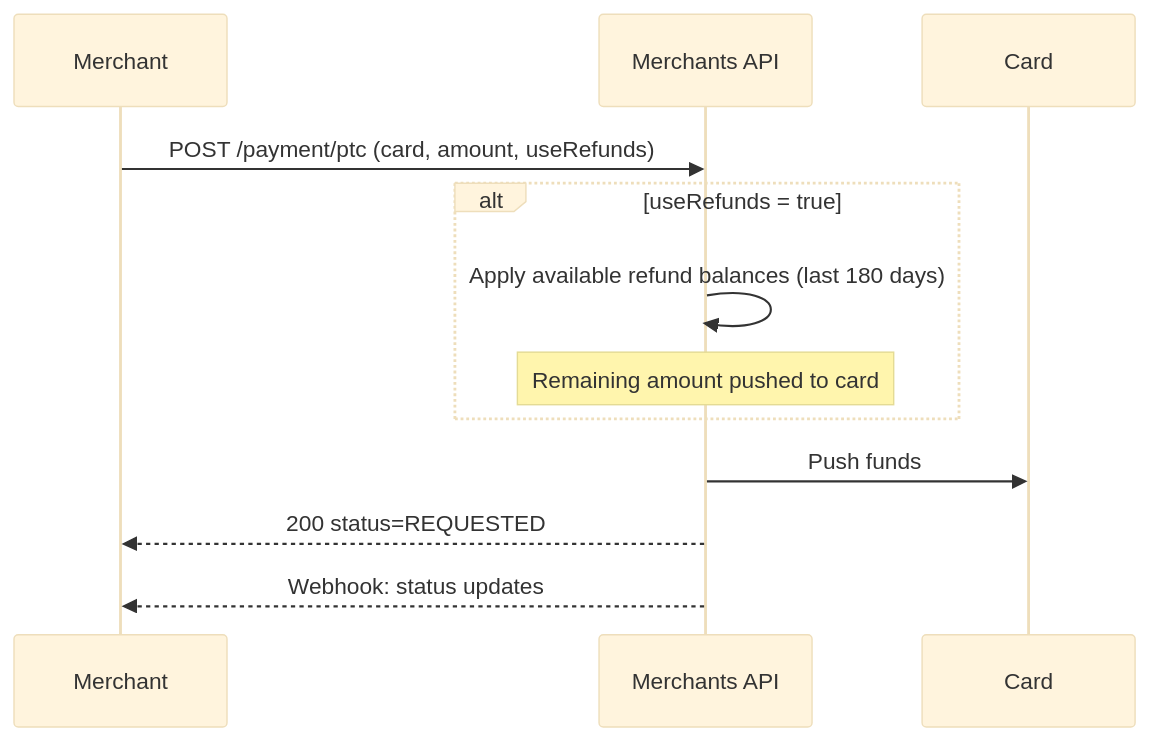
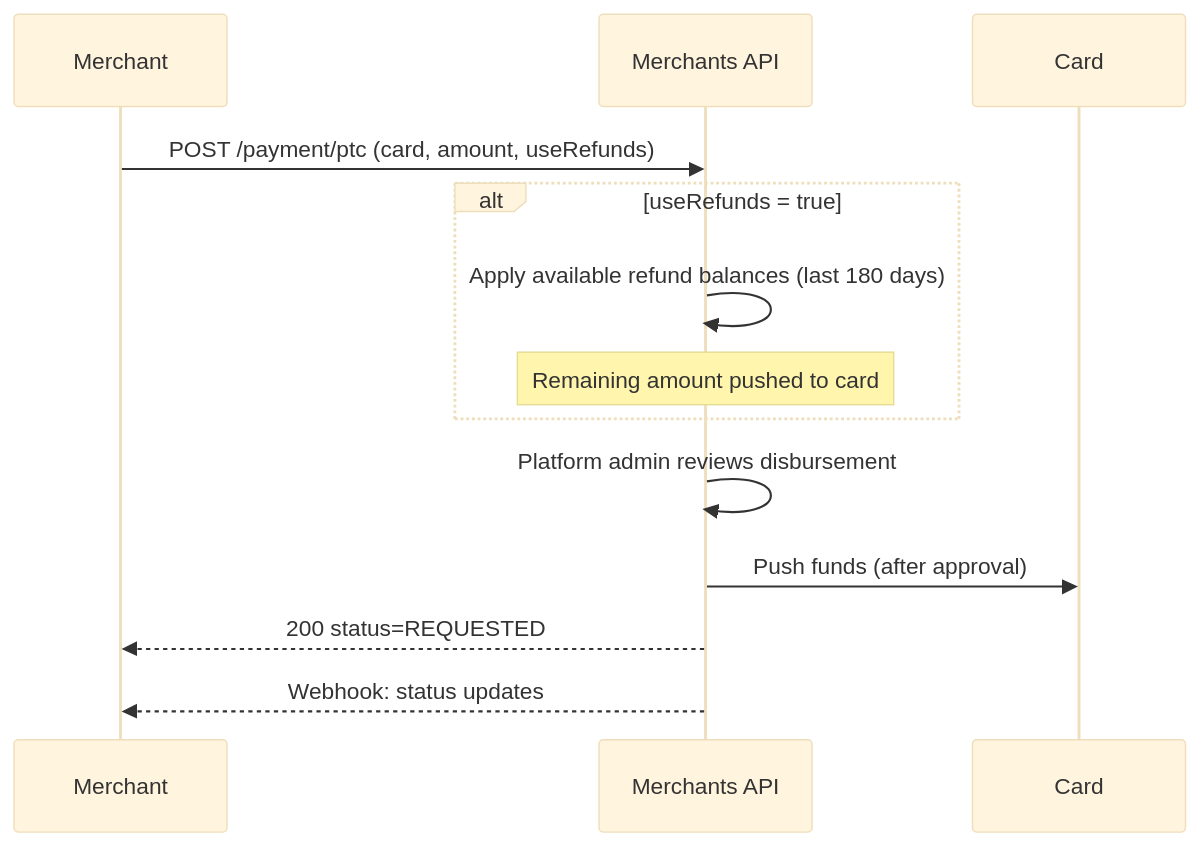
One commit to KumaaGroup/platform-merchant-api changed the fourth of 5 diagrams in docs/card-payments.md. Above: the diagram before and after it, drawn with Mermaid (base theme). The commit also changed other lines of this file and 2 other files, not shown here.

````diff
--- a/docs/card-payments.md
+++ b/docs/card-payments.md
@@ -267,15 +254,16 @@
 ```mermaid
 sequenceDiagram
     participant M as Merchant
     participant API as Merchants API
     participant C as Card
 
     M->>API: POST /payment/ptc (card, amount, useRefunds)
     alt useRefunds = true
         API->>API: Apply available refund balances (last 180 days)
         Note over API: Remaining amount pushed to card
     end
-    API->>C: Push funds
+    API->>API: Platform admin reviews disbursement
+    API->>C: Push funds (after approval)
     API-->>M: 200 status=REQUESTED
     API-->>M: Webhook: status updates
 ```
````
